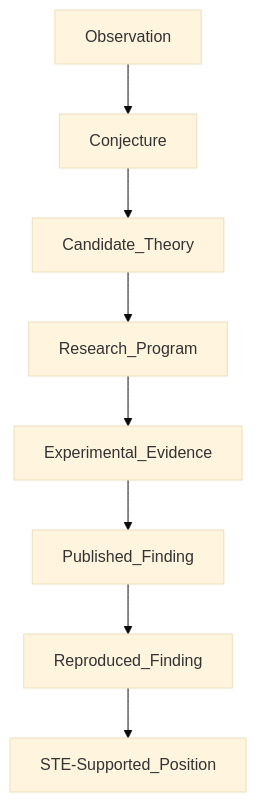
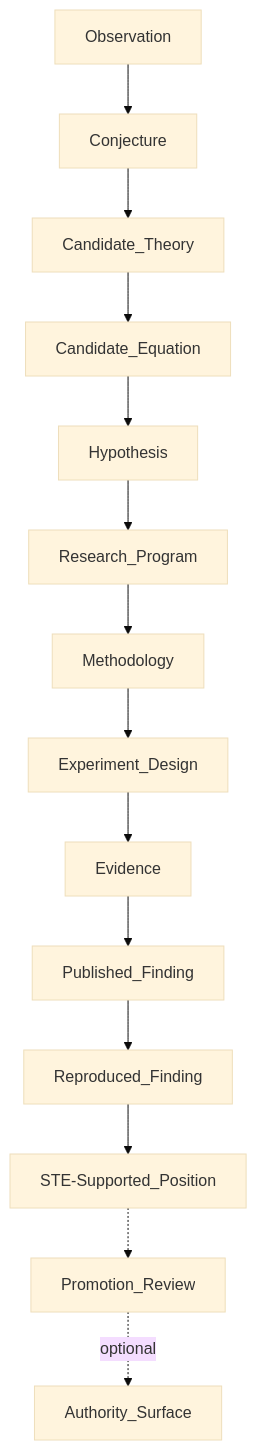
Before and after one commit to egallmann/ste-handbook: the diagram in 14-research/14-02-research-lifecycle.md, drawn with Mermaid (base theme). The commit also changed other lines of this file and 13 other files, not shown here.

````diff
--- a/14-research/14-02-research-lifecycle.md
+++ b/14-research/14-02-research-lifecycle.md
@@ -27,10 +27,16 @@
 ```mermaid
 flowchart TD
   Observation --> Conjecture
   Conjecture --> CandidateTheory[Candidate_Theory]
-  CandidateTheory --> ResearchProgram[Research_Program]
-  ResearchProgram --> ExperimentalEvidence[Experimental_Evidence]
-  ExperimentalEvidence --> PublishedFinding[Published_Finding]
+  CandidateTheory --> CandidateEquation[Candidate_Equation]
+  CandidateEquation --> Hypothesis
+  Hypothesis --> ResearchProgram[Research_Program]
+  ResearchProgram --> Methodology
+  Methodology --> StudyDesign[Experiment_Design]
+  StudyDesign --> Evidence
+  Evidence --> PublishedFinding[Published_Finding]
   PublishedFinding --> ReproducedFinding[Reproduced_Finding]
   ReproducedFinding --> STESupported[STE-Supported_Position]
+  STESupported -.-> PromotionReview[Promotion_Review]
+  PromotionReview -. optional .-> Authority[Authority_Surface]
 ```
````
